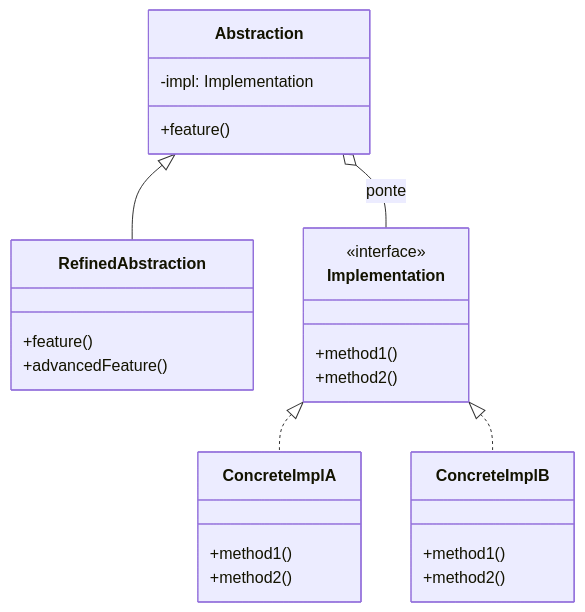
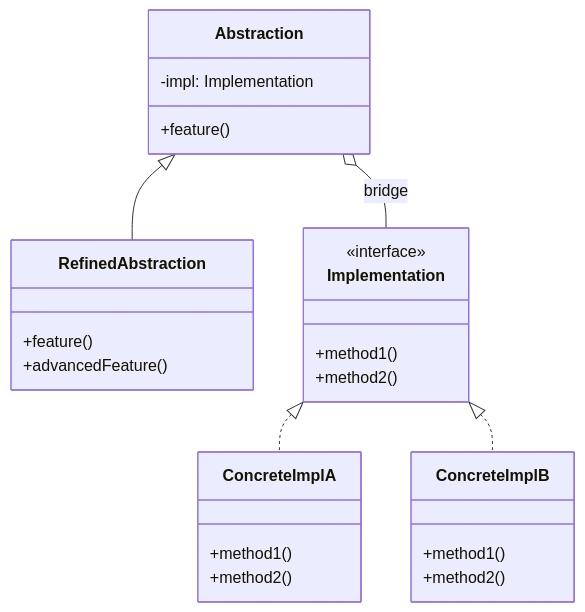
Before and after one commit to dandgabr/Coacus: the second of 7 diagrams in knowledge/skills/engineering/patterns/dp-structural-patterns/SKILL.md, drawn with Mermaid. The commit also changed other lines of this file and 143 other files, not shown here.

````diff
--- a/knowledge/skills/engineering/patterns/dp-structural-patterns/SKILL.md
+++ b/knowledge/skills/engineering/patterns/dp-structural-patterns/SKILL.md
@@ -43,28 +43,28 @@
 ```mermaid
 classDiagram
     class Abstraction {
         -impl: Implementation
         +feature()
     }
     class RefinedAbstraction {
         +feature()
         +advancedFeature()
     }
     class Implementation {
         <<interface>>
         +method1()
         +method2()
     }
     class ConcreteImplA {
         +method1()
         +method2()
     }
     class ConcreteImplB {
         +method1()
         +method2()
     }
     Abstraction <|-- RefinedAbstraction
-    Abstraction o-- Implementation : ponte
+    Abstraction o-- Implementation : bridge
     Implementation <|.. ConcreteImplA
     Implementation <|.. ConcreteImplB
 ```
````
